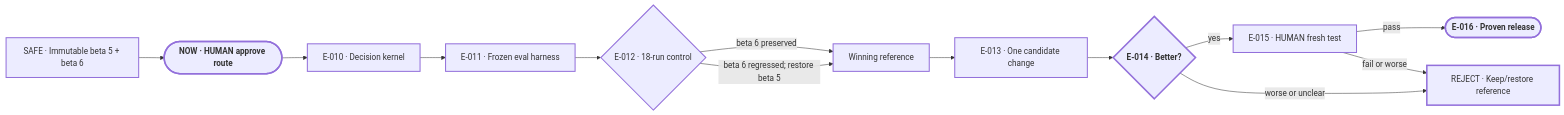
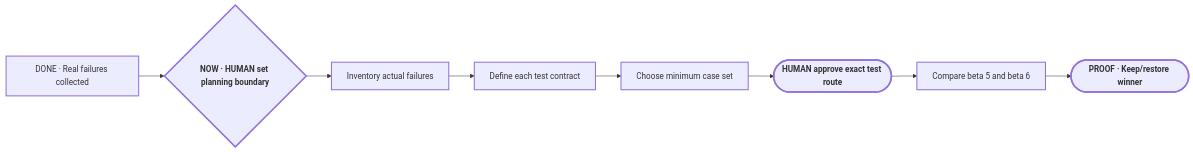
One commit to Pu11en/portable-planner changed the diagram in planning/PLAN-VIEW.md. Above: the diagram before and after it, drawn with Mermaid. The commit also changed other lines of this file and 13 other files, not shown here.

````diff
--- a/planning/PLAN-VIEW.md
+++ b/planning/PLAN-VIEW.md
@@ -13,31 +13,19 @@
 ```mermaid
 flowchart LR
-    CTRL["SAFE · Immutable beta 5 + beta 6"]
-    A(["NOW · HUMAN approve route"])
-    K["E-010 · Decision kernel"]
-    H["E-011 · Frozen eval harness"]
-    M{"E-012 · 18-run control"}
-    REF["Winning reference"]
-    C["E-013 · One candidate change"]
-    V{"E-014 · Better?"}
-    T["E-015 · HUMAN fresh test"]
-    R(["E-016 · Proven release"])
-    KEEP["REJECT · Keep/restore reference"]
-    CTRL --> A --> K --> H --> M
-    M -->|beta 6 preserved| REF
-    M -->|beta 6 regressed; restore beta 5| REF
-    REF --> C --> V
-    V -->|yes| T -->|pass| R
-    V -->|worse or unclear| KEEP
-    T -->|fail or worse| KEEP
+    E["DONE · Real failures collected"]
+    A{"NOW · HUMAN set planning boundary"}
+    I["Inventory actual failures"]
+    C["Define each test contract"]
+    M["Choose minimum case set"]
+    P(["HUMAN approve exact test route"])
+    X["Compare beta 5 and beta 6"]
+    R(["PROOF · Keep/restore winner"])
+    E --> A --> I --> C --> M --> P --> X --> R
 
     classDef current stroke-width:3px,font-weight:700;
     classDef milestone stroke-width:2px;
     classDef proof stroke-width:3px,font-weight:700;
-    classDef blocked stroke-width:3px;
-
     class A current;
-    class CTRL,K,H,M,REF,C,T milestone;
-    class V,R proof;
-    class KEEP blocked;
+    class E,I,C,M,X milestone;
+    class P,R proof;
 ```
````
